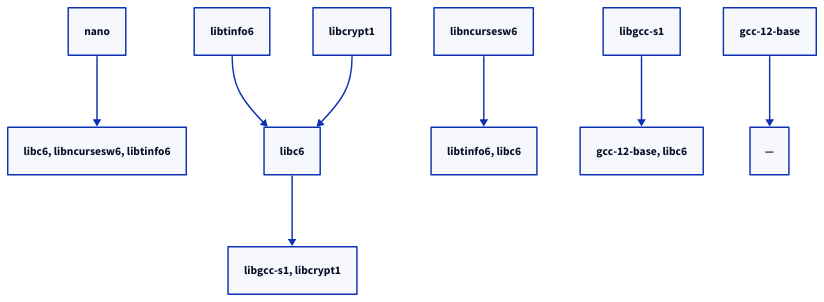
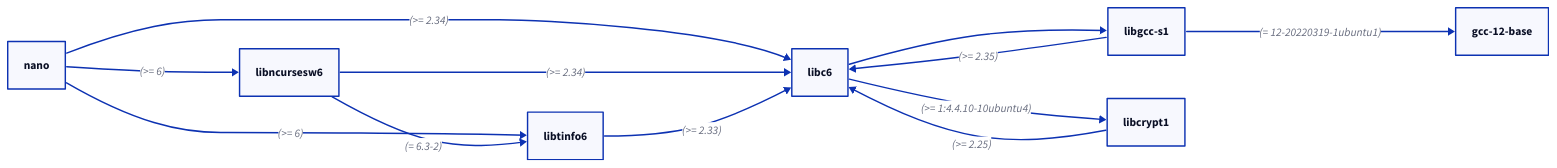
Before and after one commit to AngelinaKapralova/konfig_upr_2: the diagram in practice_2/examples/nano.d2, drawn with D2. The commit also changed 5 other files, not shown here.

```diff
--- a/practice_2/examples/nano.d2
+++ b/practice_2/examples/nano.d2
@@ -1,7 +1,19 @@
-nano -> libc6, libncursesw6, libtinfo6
-libc6 -> libgcc-s1, libcrypt1
-libncursesw6 -> libtinfo6, libc6
-libtinfo6 -> libc6
-libgcc-s1 -> gcc-12-base, libc6
-libcrypt1 -> libc6
-gcc-12-base -> —
+direction: right
+"nano"
+"nano" -> "libc6": "(>= 2.34)"
+"nano" -> "libncursesw6": "(>= 6)"
+"nano" -> "libtinfo6": "(>= 6)"
+"libc6"
+"libc6" -> "libgcc-s1"
+"libc6" -> "libcrypt1": "(>= 1:4.4.10-10ubuntu4)"
+"libncursesw6"
+"libncursesw6" -> "libtinfo6": "(= 6.3-2)"
+"libncursesw6" -> "libc6": "(>= 2.34)"
+"libtinfo6"
+"libtinfo6" -> "libc6": "(>= 2.33)"
+"libgcc-s1"
+"libgcc-s1" -> "gcc-12-base": "(= 12-20220319-1ubuntu1)"
+"libgcc-s1" -> "libc6": "(>= 2.35)"
+"libcrypt1"
+"libcrypt1" -> "libc6": "(>= 2.25)"
+"gcc-12-base"
```
